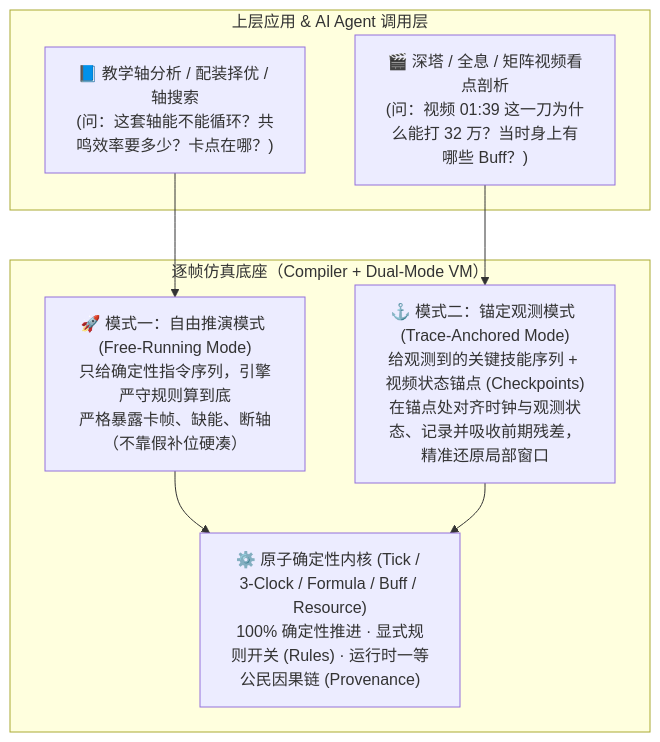
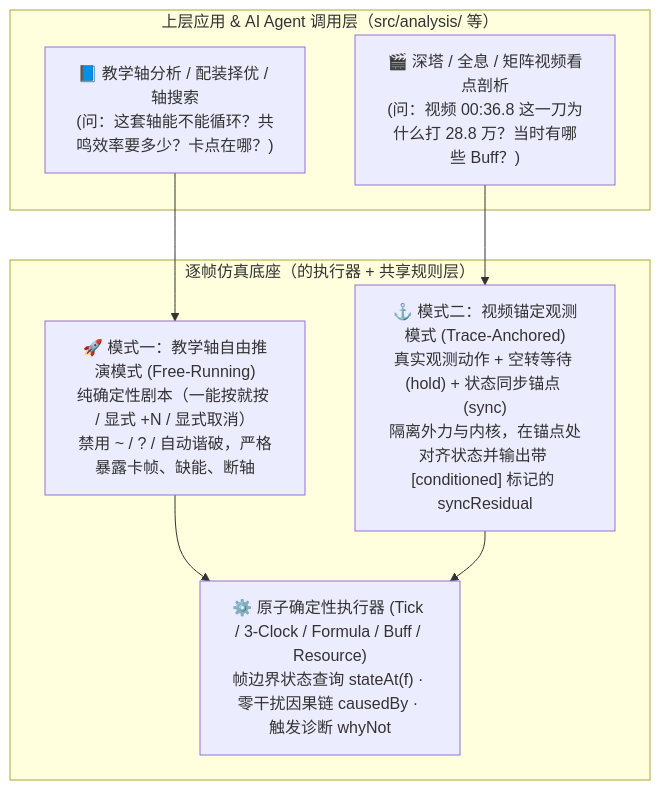
Before and after one commit to everbird/ww-dps-sim: the first of 2 diagrams in docs/overall-review-antigravity-20261108.md, drawn with Mermaid. The commit also changed other lines of this file and 8 other files, not shown here.

````diff
--- a/docs/overall-review-antigravity-20261108.md
+++ b/docs/overall-review-antigravity-20261108.md
@@ -157,18 +140,18 @@
 ```mermaid
 flowchart TB
-    subgraph Upper["上层应用 & AI Agent 调用层"]
+    subgraph Upper["上层应用 & AI Agent 调用层（src/analysis/ 等）"]
         App1["📘 教学轴分析 / 配装择优 / 轴搜索<br/>(问：这套轴能不能循环？共鸣效率要多少？卡点在哪？)"]
-        App2["🎬 深塔 / 全息 / 矩阵视频看点剖析<br/>(问：视频 01:39 这一刀为什么能打 32 万？当时身上有哪些 Buff？)"]
+        App2["🎬 深塔 / 全息 / 矩阵视频看点剖析<br/>(问：视频 00:36.8 这一刀为什么打 28.8 万？当时有哪些 Buff？)"]
     end
 
-    subgraph Base["逐帧仿真底座（Compiler + Dual-Mode VM）"]
-        ModeA["🚀 模式一：自由推演模式 (Free-Running Mode)<br/>只给确定性指令序列，引擎严守规则算到底<br/>严格暴露卡帧、缺能、断轴（不靠假补位硬凑）"]
-        ModeB["⚓ 模式二：锚定观测模式 (Trace-Anchored Mode)<br/>给观测到的关键技能序列 + 视频状态锚点 (Checkpoints)<br/>在锚点处对齐时钟与观测状态、记录并吸收前期残差，精准还原局部窗口"]
-        Kernel["⚙️ 原子确定性内核 (Tick / 3-Clock / Formula / Buff / Resource)<br/>100% 确定性推进 · 显式规则开关 (Rules) · 运行时一等公民因果链 (Provenance)"]
+    subgraph Base["逐帧仿真底座（的执行器 + 共享规则层）"]
+        ModeA["🚀 模式一：教学轴自由推演模式 (Free-Running)<br/>纯确定性剧本（一能按就按 / 显式 +N / 显式取消）<br/>禁用 ~ / ? / 自动谐破，严格暴露卡帧、缺能、断轴"]
+        ModeB["⚓ 模式二：视频锚定观测模式 (Trace-Anchored)<br/>真实观测动作 + 空转等待 (hold) + 状态同步锚点 (sync)<br/>隔离外力与内核，在锚点处对齐状态并输出带 [conditioned] 标记的 syncResidual"]
+        Kernel["⚙️ 原子确定性执行器 (Tick / 3-Clock / Formula / Buff / Resource)<br/>帧边界状态查询 stateAt(f) · 零干扰因果链 causedBy · 触发诊断 whyNot"]
     end
 
     App1 --> ModeA
     App2 --> ModeB
     ModeA --> Kernel
     ModeB --> Kernel
 ```
````
